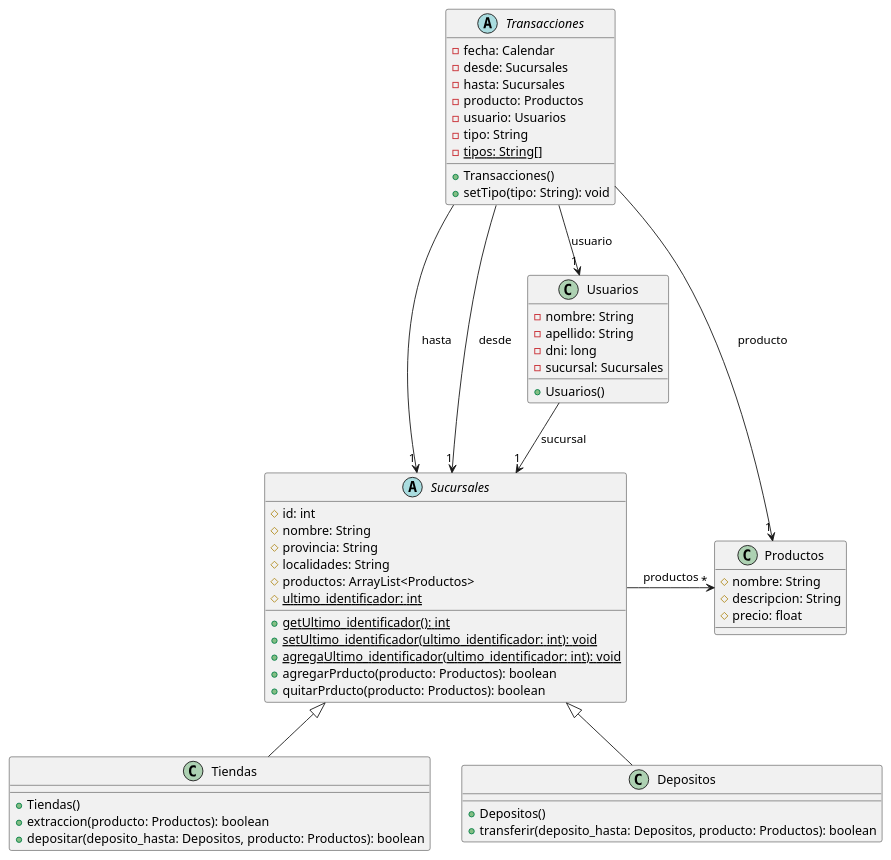
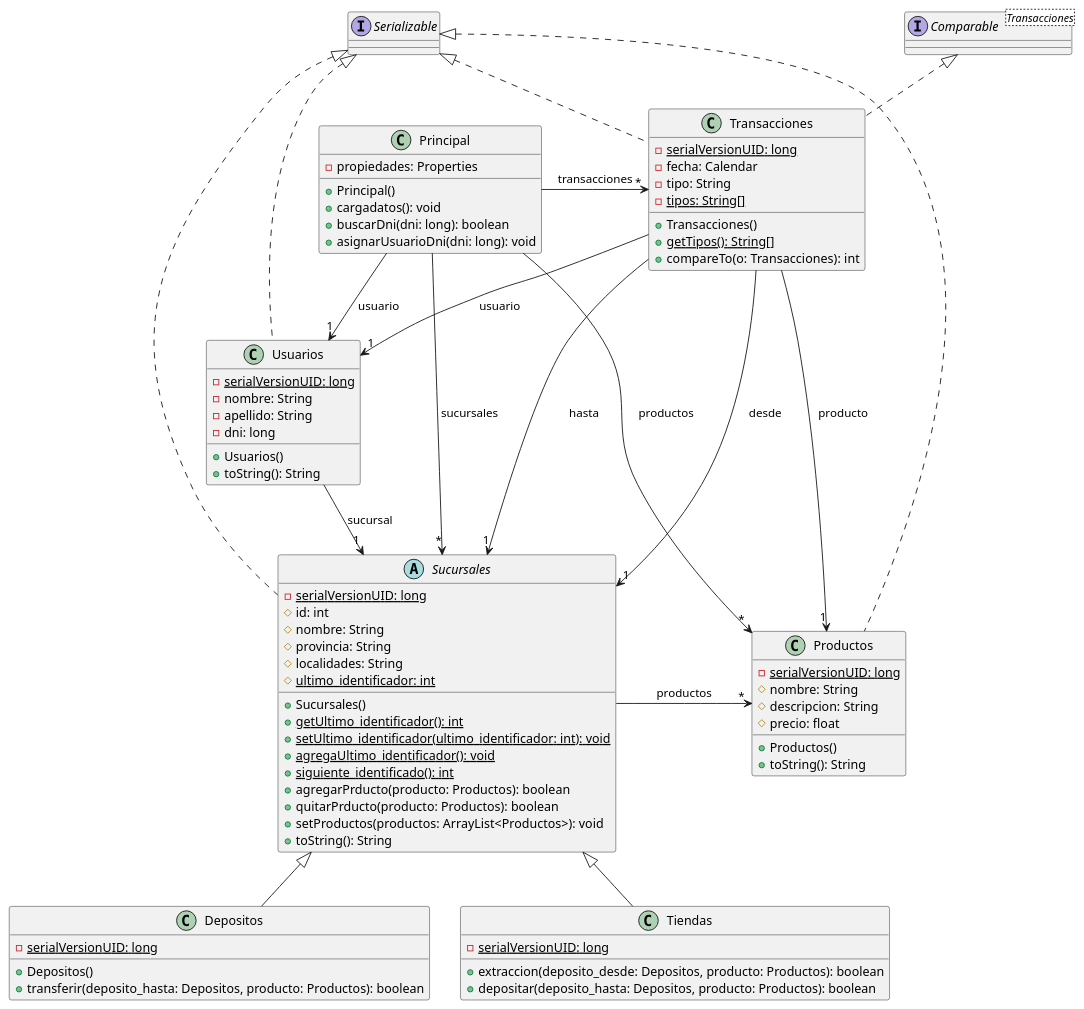
One commit to iberlot/Logistica changed the diagram in Logistica-DAO/Diseño/Clases.puml. Above: the diagram before and after it, drawn with PlantUML. The commit also changed 102 other files, not shown here.

```diff
--- a/Logistica-DAO/Diseño/Clases.puml
+++ b/Logistica-DAO/Diseño/Clases.puml
@@ -1,63 +1,91 @@
 @startuml
-class Tiendas [[java:Dominio.Tiendas]] {
-	+Tiendas()
-	+extraccion(producto: Productos): boolean
-	+depositar(deposito_hasta: Depositos, producto: Productos): boolean
-}
 
-class Usuarios [[java:Dominio.Usuarios]] {
-	-nombre: String
-	-apellido: String
-	-dni: long
-	-sucursal: Sucursales
-	+Usuarios()
-}
-
-class Productos [[java:Dominio.Productos]] {
-	#nombre: String
-	#descripcion: String
-	#precio: float
-}
-
-class Depositos [[java:Dominio.Depositos]] {
+class Depositos [[java:negocio.dominio.Depositos]] {
+	-{static} serialVersionUID: long
 	+Depositos()
 	+transferir(deposito_hasta: Depositos, producto: Productos): boolean
 }
-
-abstract class Sucursales [[java:Dominio.Sucursales]] {
+abstract class Sucursales [[java:negocio.dominio.Sucursales]] {
+	-{static} serialVersionUID: long
 	#id: int
 	#nombre: String
 	#provincia: String
 	#localidades: String
-	#productos: ArrayList<Productos>
 	#{static} ultimo_identificador: int
+	+Sucursales()
 	+{static} getUltimo_identificador(): int
 	+{static} setUltimo_identificador(ultimo_identificador: int): void
-	+{static} agregaUltimo_identificador(ultimo_identificador: int): void
+	+{static} agregaUltimo_identificador(): void
+	+{static} siguiente_identificado(): int
 	+agregarPrducto(producto: Productos): boolean
 	+quitarPrducto(producto: Productos): boolean
+	+setProductos(productos: ArrayList<Productos>): void
+	+toString(): String
 }
-
-abstract class Transacciones [[java:negocio.dominio.Transacciones]] {
+class Productos [[java:negocio.dominio.Productos]] {
+	-{static} serialVersionUID: long
+	#nombre: String
+	#descripcion: String
+	#precio: float
+	+Productos()
+	+toString(): String
+}
+class Usuarios [[java:negocio.dominio.Usuarios]] {
+	-{static} serialVersionUID: long
+	-nombre: String
+	-apellido: String
+	-dni: long
+	+Usuarios()
+	+toString(): String
+}
+class Principal [[java:negocio.dominio.Principal]] {
+	-propiedades: Properties
+	+Principal()
+	+cargadatos(): void
+	+buscarDni(dni: long): boolean
+	+asignarUsuarioDni(dni: long): void
+}
+class Tiendas [[java:negocio.dominio.Tiendas]] {
+	-{static} serialVersionUID: long
+	+extraccion(deposito_desde: Depositos, producto: Productos): boolean
+	+depositar(deposito_hasta: Depositos, producto: Productos): boolean
+}
+class Transacciones [[java:negocio.dominio.Transacciones]] {
+	-{static} serialVersionUID: long
 	-fecha: Calendar
-	-desde: Sucursales
-	-hasta: Sucursales
-	-producto: Productos
-	-usuario: Usuarios
 	-tipo: String
 	-{static} tipos: String[]
 	+Transacciones()
-	+setTipo(tipo: String): void
+	+{static} getTipos(): String[]
+	+compareTo(o: Transacciones): int
 }
 
-Usuarios --> "1" Sucursales : sucursal
+interface "Comparable<Transacciones>" as Comparable_Transacciones_ {
+}
+interface Serializable {
+}
+
 Sucursales <|-- Depositos
 Sucursales <|-- Tiendas
 Sucursales -> "*" Productos : productos
 
+Usuarios --> "1" Sucursales : sucursal
+
+Principal -> "1" Usuarios : usuario
+Principal -> "*" Sucursales : sucursales
+Principal -> "*" Productos : productos
+Principal -> "*" Transacciones : transacciones
+
 Transacciones --> "1" Sucursales : desde
 Transacciones --> "1" Sucursales : hasta
-Transacciones --> "1" Productos : producto
+Transacciones -> "1" Productos : producto
 Transacciones --> "1" Usuarios : usuario
 
+Comparable_Transacciones_ <|.. Transacciones
+
+Serializable <|.. Transacciones
+Serializable <|.. Usuarios
+Serializable <|.. Productos
+Serializable <|.. Sucursales
+
 @enduml
```
